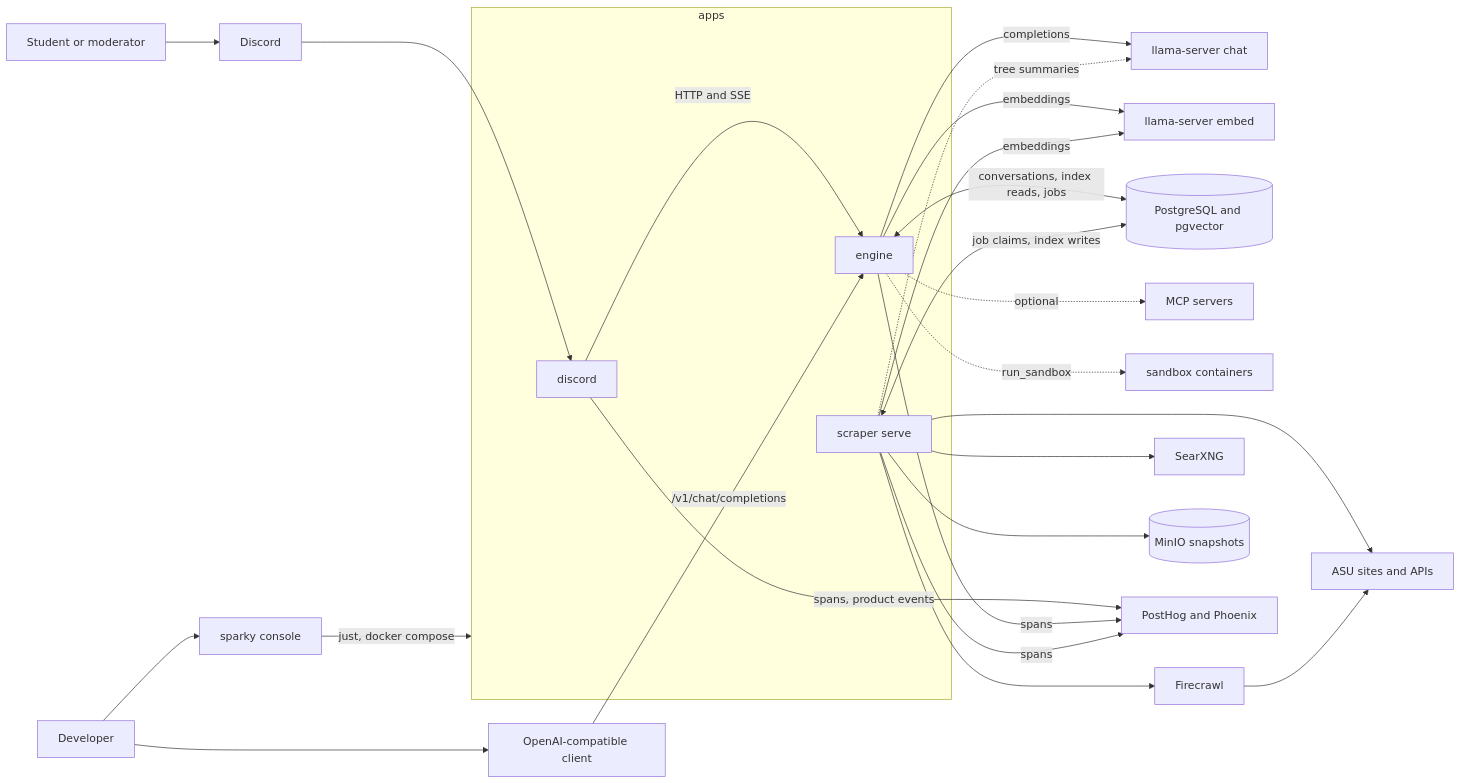
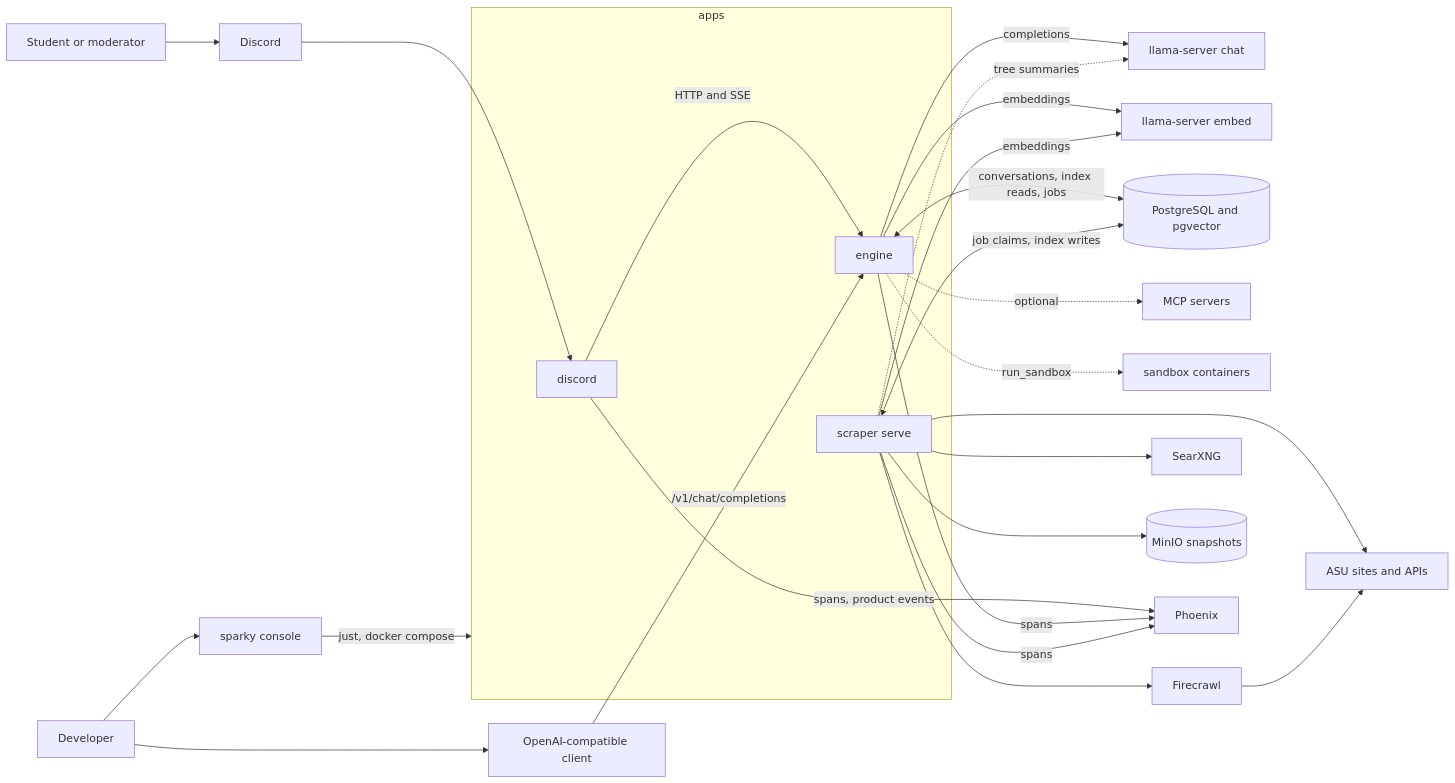
The first of 10 diagrams in docs/ARCHITECTURE.md (ashworks1706/SparkyAI), drawn with Mermaid before and after one commit. The commit also changed other lines of this file and 54 other files, not shown here.

First line of the commit message:
Drop PostHog; Phoenix is the only observability backend

````diff
--- a/docs/ARCHITECTURE.md
+++ b/docs/ARCHITECTURE.md
@@ -88,36 +88,36 @@
 ```mermaid
 flowchart LR
     U["Student or moderator"] --> DC["Discord"]
     DEV["Developer"] --> CLI["sparky console"]
     DEV --> OAI["OpenAI-compatible client"]
 
     subgraph apps ["apps"]
         BOT["discord"]
         ENG["engine"]
         SCR["scraper serve"]
     end
 
     DC --> BOT
     BOT -->|"HTTP and SSE"| ENG
     OAI -->|"/v1/chat/completions"| ENG
     CLI -->|"just, docker compose"| apps
 
     ENG -->|"completions"| CHAT["llama-server chat"]
     ENG -->|"embeddings"| EMB["llama-server embed"]
     ENG <-->|"conversations, index reads, jobs"| PG[("PostgreSQL and pgvector")]
     ENG -.->|"optional"| MCP["MCP servers"]
     ENG -.->|"run_sandbox"| SBX["sandbox containers"]
 
     SCR <-->|"job claims, index writes"| PG
     SCR -->|"embeddings"| EMB
     SCR -.->|"tree summaries"| CHAT
     SCR --> FC["Firecrawl"]
     SCR --> SX["SearXNG"]
     SCR --> SITES["ASU sites and APIs"]
     FC --> SITES
     SCR --> S3[("MinIO snapshots")]
 
-    BOT -->|"spans, product events"| OBS["PostHog and Phoenix"]
+    BOT -->|"spans, product events"| OBS["Phoenix"]
     ENG -->|"spans"| OBS
     SCR -->|"spans"| OBS
 ```
````
